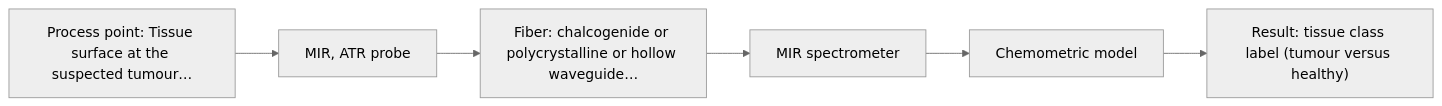
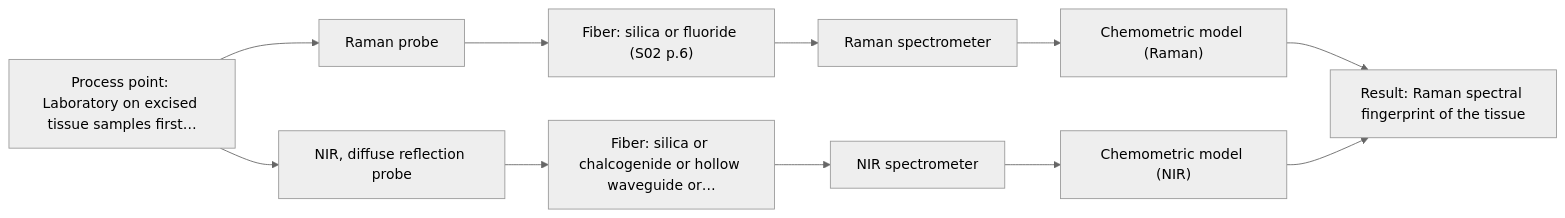
One commit to sleipnir029/Afs-Spectroscopy-Assistant changed the first of 2 diagrams in outputs/adversarial/A09.md. Above: the diagram before and after it, drawn with Mermaid (neutral theme). The commit also changed other lines of this file and 41 other files, not shown here.

````diff
--- a/outputs/adversarial/A09.md
+++ b/outputs/adversarial/A09.md
@@ -38,14 +38,23 @@
 ```mermaid
 flowchart LR
-    proc["Process point: Tissue surface at the suspected tumour…"]
-    probe1["MIR, ATR probe"]
-    fiber1["Fiber: chalcogenide or polycrystalline or hollow waveguide…"]
-    spec1["MIR spectrometer"]
-    model["Chemometric model"]
-    result["Result: tissue class label (tumour versus healthy)"]
+    proc["Process point: Laboratory on excised tissue samples first…"]
+    probe1["Raman probe"]
+    fiber1["Fiber: silica or fluoride (S02 p.6)"]
+    spec1["Raman spectrometer"]
+    model1["Chemometric model (Raman)"]
+    probe2["NIR, diffuse reflection probe"]
+    fiber2["Fiber: silica or chalcogenide or hollow waveguide or…"]
+    spec2["NIR spectrometer"]
+    model2["Chemometric model (NIR)"]
+    result["Result: Raman spectral fingerprint of the tissue"]
     proc --> probe1
     probe1 --> fiber1
     fiber1 --> spec1
-    spec1 --> model
-    model --> result
+    spec1 --> model1
+    proc --> probe2
+    probe2 --> fiber2
+    fiber2 --> spec2
+    spec2 --> model2
+    model1 --> result
+    model2 --> result
 ```
````
